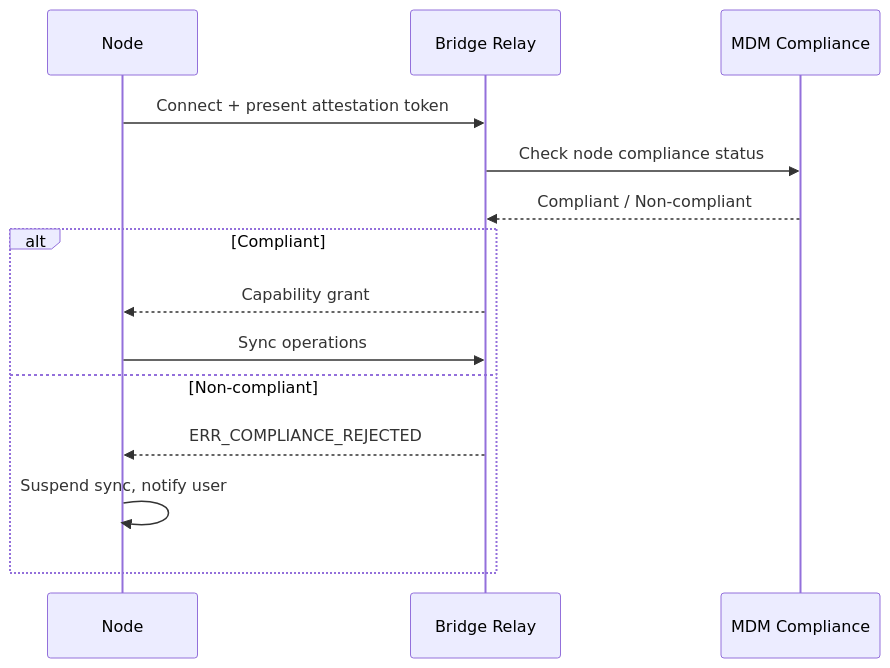
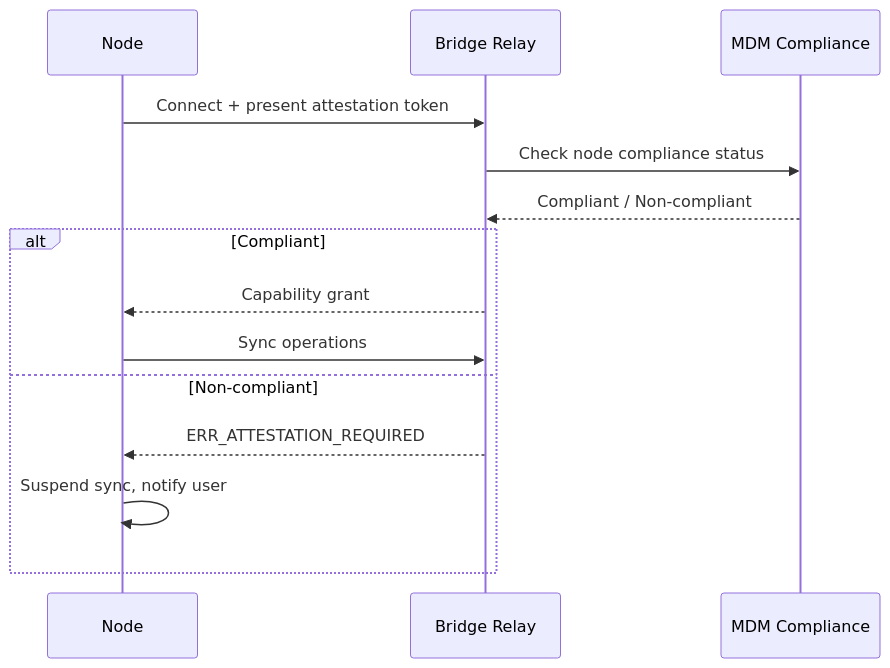
One commit to ctwoodwa/the-inverted-stack changed the first of 2 diagrams in chapters/part-4-implementation-playbooks/ch19-shipping-to-enterprise.md. Above: the diagram before and after it, drawn with Mermaid. The commit also changed other lines of this file and 10 other files, not shown here.

````diff
--- a/chapters/part-4-implementation-playbooks/ch19-shipping-to-enterprise.md
+++ b/chapters/part-4-implementation-playbooks/ch19-shipping-to-enterprise.md
@@ -179,17 +179,17 @@
 ```mermaid
 sequenceDiagram
     participant Node
     participant Relay as Bridge Relay
     participant MDM as MDM Compliance
 
     Node->>Relay: Connect + present attestation token
     Relay->>MDM: Check node compliance status
     MDM-->>Relay: Compliant / Non-compliant
     alt Compliant
         Relay-->>Node: Capability grant
         Node->>Relay: Sync operations
     else Non-compliant
-        Relay-->>Node: ERR_COMPLIANCE_REJECTED
+        Relay-->>Node: ERR_ATTESTATION_REQUIRED
         Node->>Node: Suspend sync, notify user
     end
 ```
````
